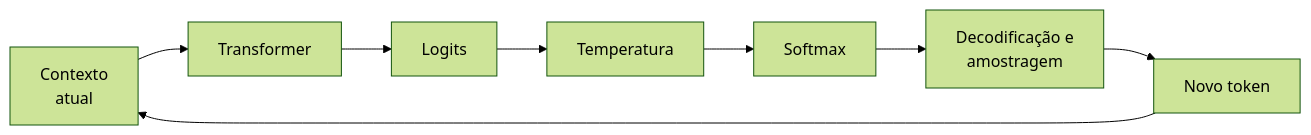
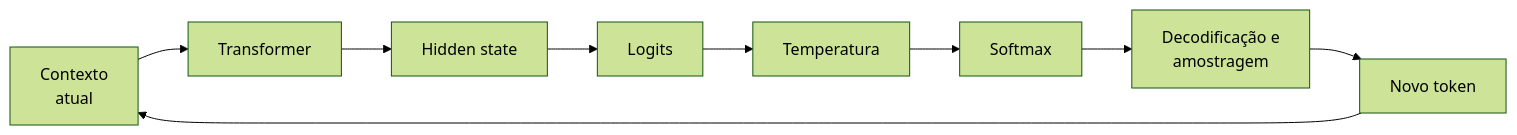
One commit to leorruas/programacao changed the fourth of 4 diagrams in llm/01-Dinâmica de treino e inferência em LLMs.md. Above: the diagram before and after it, drawn with Mermaid (forest theme). The commit also changed other lines of this file, not shown here.

Commit message:
docs(llm): esclarecer logits, gradiente e temperatura

````diff
--- a/llm/01-Dinâmica de treino e inferência em LLMs.md
+++ b/llm/01-Dinâmica de treino e inferência em LLMs.md
@@ -225,10 +342,11 @@
 ```mermaid
 flowchart LR
     A["Contexto<br>atual"] --> B["Transformer"]
-    B --> C["Logits"]
-    C --> D["Temperatura"]
-    D --> E["Softmax"]
-    E --> F["Decodificação e<br>amostragem"]
-    F --> G["Novo token"]
-    G --> A
+    B --> C["Hidden state"]
+    C --> D["Logits"]
+    D --> E["Temperatura"]
+    E --> F["Softmax"]
+    F --> G["Decodificação e<br>amostragem"]
+    G --> H["Novo token"]
+    H --> A
 ```
````
